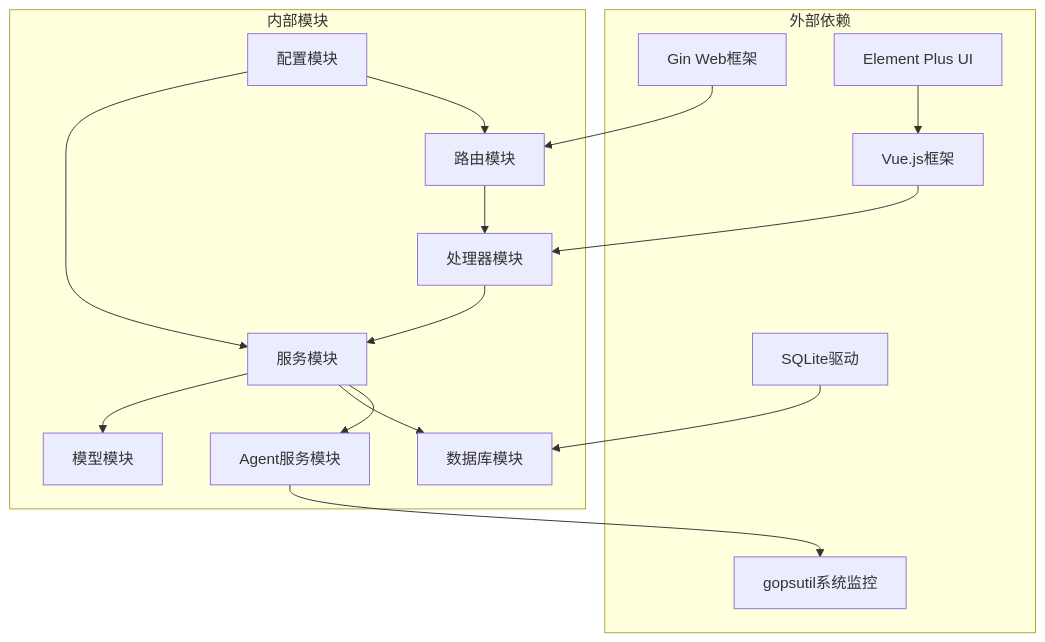
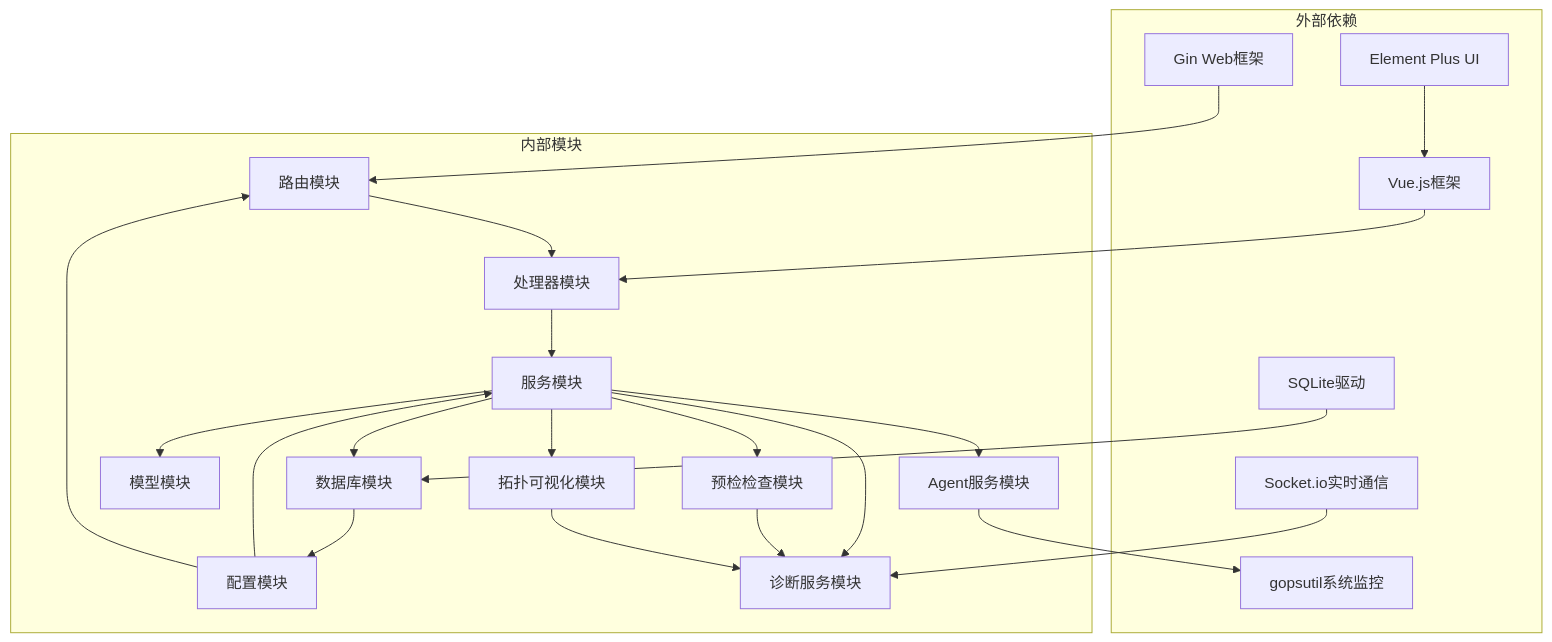
One commit to Liyuhao02/Jmeter-Admin changed diagram 16 of 18 in .qoder/repowiki/zh/content/核心业务模块/Slave节点管理系统/Slave节点管理系统.md. Above: the diagram before and after it, drawn with Mermaid. The commit also changed other lines of this file and 16 other files, not shown here.

````diff
--- a/.qoder/repowiki/zh/content/核心业务模块/Slave节点管理系统/Slave节点管理系统.md
+++ b/.qoder/repowiki/zh/content/核心业务模块/Slave节点管理系统/Slave节点管理系统.md
@@ -523,31 +664,42 @@
 ```mermaid
 graph TB
 subgraph "外部依赖"
 A[Gin Web框架]
 B[SQLite驱动]
 C[Element Plus UI]
 D[Vue.js框架]
 E[gopsutil系统监控]
+F[Socket.io实时通信]
 end
 subgraph "内部模块"
-F[配置模块]
-G[数据库模块]
-H[路由模块]
-I[处理器模块]
-J[服务模块]
-K[模型模块]
-L[Agent服务模块]
+G[配置模块]
+H[数据库模块]
+I[路由模块]
+J[处理器模块]
+K[服务模块]
+L[模型模块]
+M[Agent服务模块]
+N[预检检查模块]
+O[拓扑可视化模块]
+P[诊断服务模块]
 end
-A --> H
-B --> G
+A --> I
+B --> H
 C --> D
-D --> I
-H --> I
+D --> J
+F --> P
+H --> G
 I --> J
 J --> K
-J --> G
-J --> L
-F --> J
-F --> H
-L --> E
+K --> L
+K --> H
+K --> M
+K --> N
+K --> O
+K --> P
+M --> E
+N --> P
+O --> P
+G --> K
+G --> I
 ```
````
